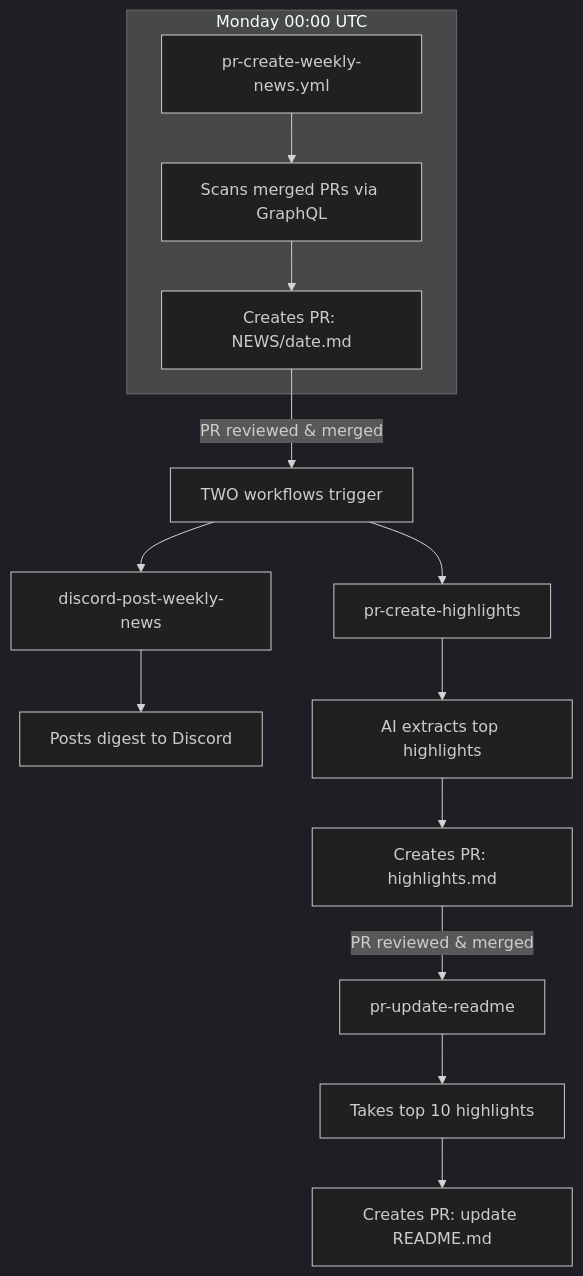
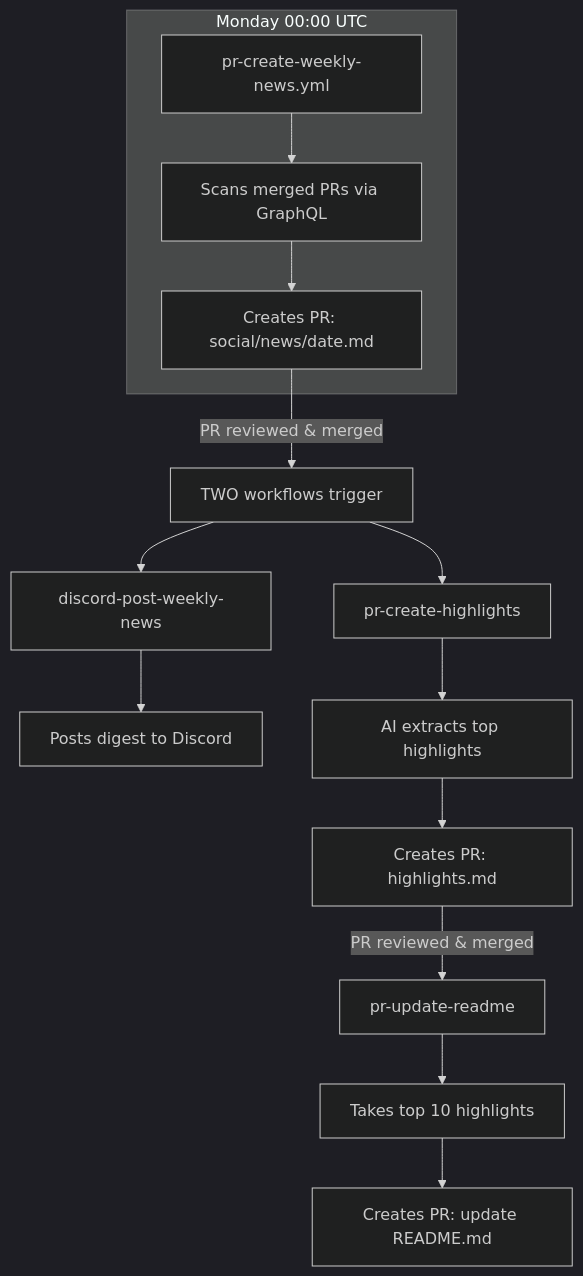
One commit to pollinations/pollinations changed the first of 3 diagrams in .github/docs/NEWS-SOCIAL.md. Above: the diagram before and after it, drawn with Mermaid. The commit also changed other lines of this file and 64 other files, not shown here.

First line of the commit message:
refactor: consolidate NEWS and reddit_workflow into social/ folder

````diff
--- a/.github/docs/NEWS-SOCIAL.md
+++ b/.github/docs/NEWS-SOCIAL.md
@@ -23,22 +23,22 @@
 ```mermaid
 %%{init: {'theme': 'dark'}}%%
 flowchart TD
     subgraph CRON["Monday 00:00 UTC"]
         A[pr-create-weekly-news.yml] --> B[Scans merged PRs via GraphQL]
-        B --> C[Creates PR: NEWS/date.md]
+        B --> C[Creates PR: social/news/date.md]
     end
 
     C -->|PR reviewed & merged| D[TWO workflows trigger]
 
     D --> E[discord-post-weekly-news]
     D --> F[pr-create-highlights]
 
     E --> G[Posts digest to Discord]
 
     F --> H[AI extracts top highlights]
     H --> I[Creates PR: highlights.md]
 
     I -->|PR reviewed & merged| J[pr-update-readme]
     J --> K[Takes top 10 highlights]
     K --> L[Creates PR: update README.md]
 ```
````
